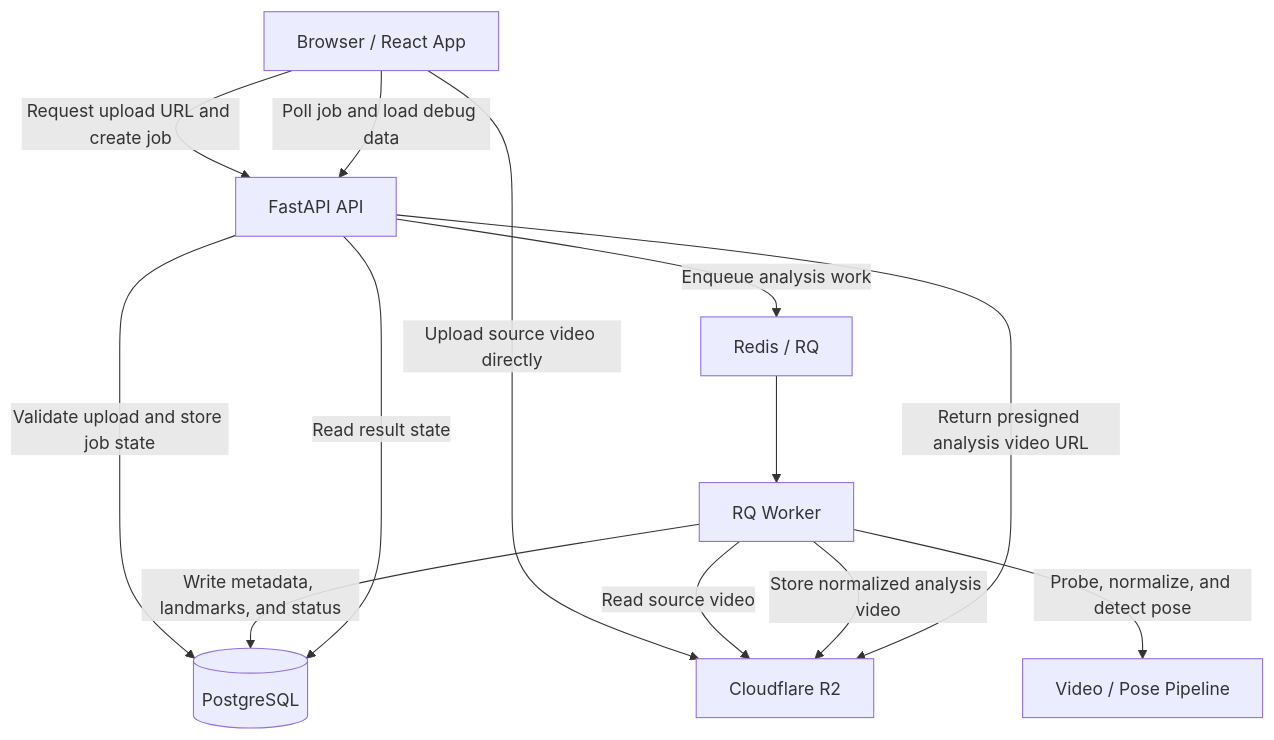
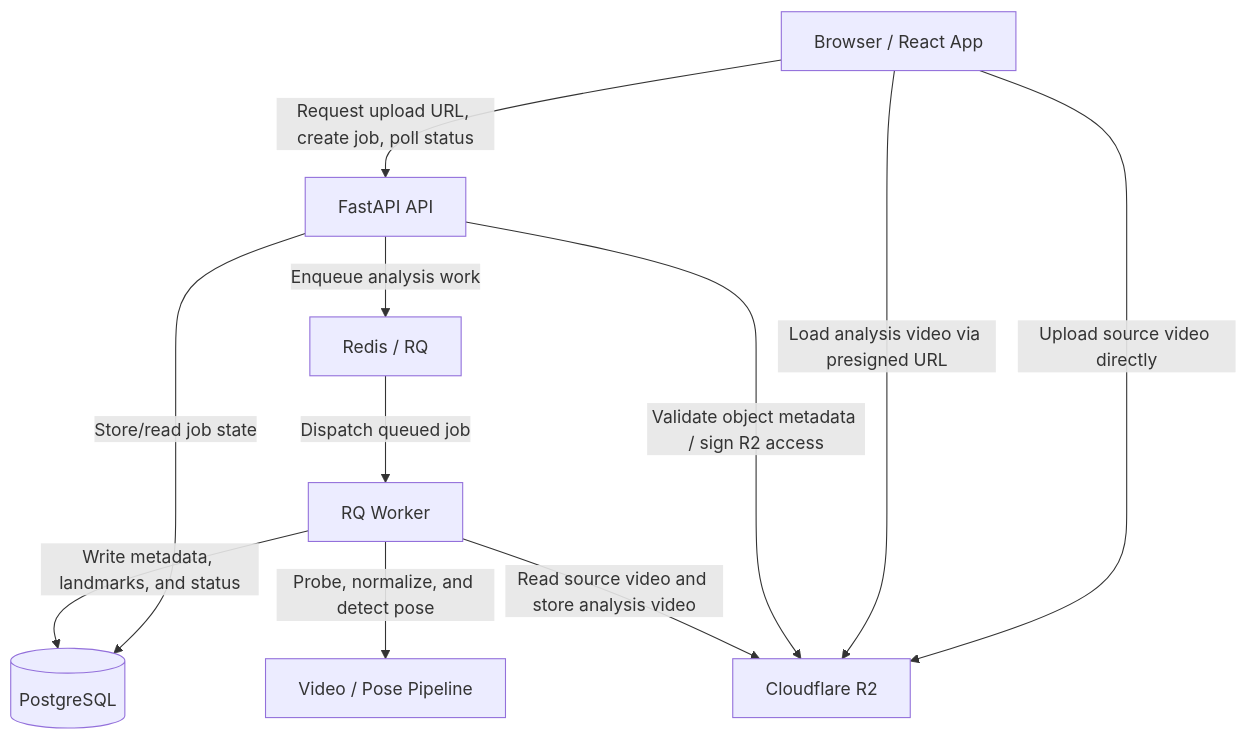
Before and after one commit to pohan-c-tw/yukiguni: the first of 2 diagrams in README.md, drawn with Mermaid. The commit also changed other lines of this file and 1 other file, not shown here.

````diff
--- a/README.md
+++ b/README.md
@@ -41,18 +41,15 @@
 ```mermaid
 flowchart TD
-    A[Browser / React App] -->|Request upload URL and create job| B[FastAPI API]
+    A[Browser / React App] -->|Request upload URL, create job, poll status| B[FastAPI API]
     A -->|Upload source video directly| C[Cloudflare R2]
+    A -->|Load analysis video via presigned URL| C
 
-    B -->|Validate upload and store job state| D[(PostgreSQL)]
+    B -->|Store/read job state| D[(PostgreSQL)]
     B -->|Enqueue analysis work| E[Redis / RQ]
+    B -->|Validate object metadata / sign R2 access| C
 
-    E --> F[RQ Worker]
-    F -->|Read source video| C
+    E -->|Dispatch queued job| F[RQ Worker]
+    F -->|Read source video and store analysis video| C
     F -->|Probe, normalize, and detect pose| G[Video / Pose Pipeline]
-    F -->|Store normalized analysis video| C
     F -->|Write metadata, landmarks, and status| D
-
-    A -->|Poll job and load debug data| B
-    B -->|Read result state| D
-    B -->|Return presigned analysis video URL| C
 ```
````
